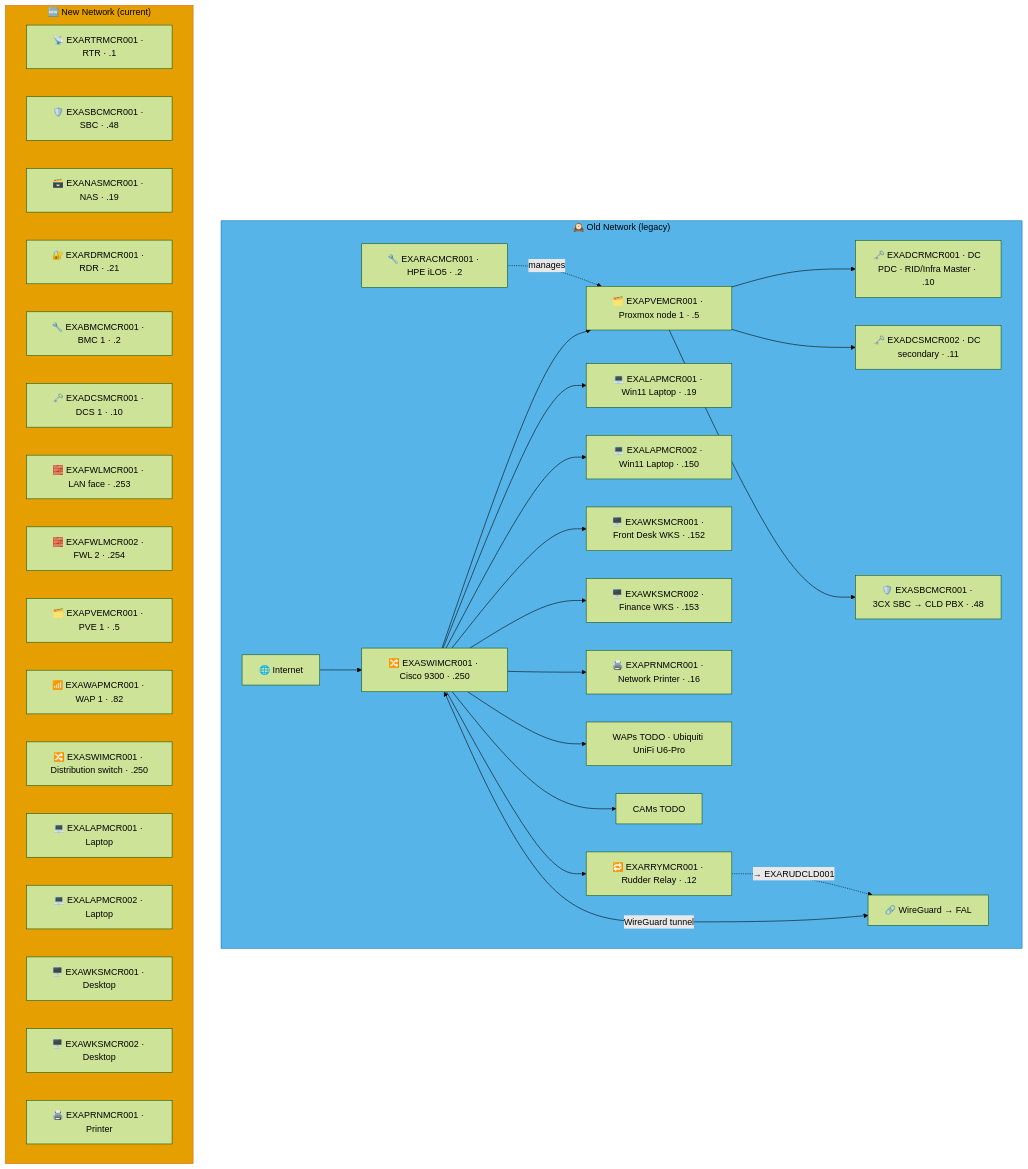
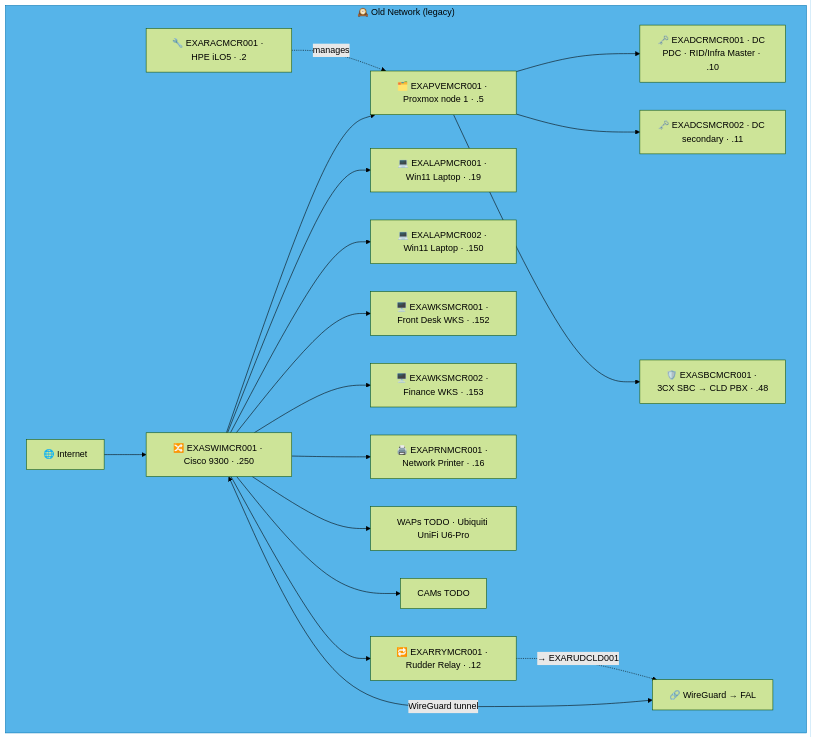
One commit to knightmare2600/example_music_infra changed the fifth of 18 diagrams in docs/network-diagram/england.md. Above: the diagram before and after it, drawn with Mermaid (forest theme). The commit also changed other lines of this file and 35 other files, not shown here.

````diff
--- a/docs/network-diagram/england.md
+++ b/docs/network-diagram/england.md
@@ -154,52 +198,31 @@
 ```mermaid
 graph TD
     subgraph OLD_MCR ["🕰️ Old Network (legacy)"]
       INET["🌐 Internet"]
       SW["🔀 EXASWIMCR001 · Cisco 9300 · .250"]
       RAC["🔧 EXARACMCR001 · HPE iLO5 · .2"]
       PVE["🗂️ EXAPVEMCR001 · Proxmox node 1 · .5"]
       DC1["🗝️ EXADCRMCR001 · DC PDC · RID/Infra Master · .10"]
       DC2["🗝️ EXADCSMCR002 · DC secondary · .11"]
       SBC["🛡️ EXASBCMCR001 · 3CX SBC → CLD PBX · .48"]
       RRY["🔁 EXARRYMCR001 · Rudder Relay · .12"]
       LAP1["💻 EXALAPMCR001 · Win11 Laptop · .19"]
       LAP2["💻 EXALAPMCR002 · Win11 Laptop · .150"]
       WKS1["🖥️ EXAWKSMCR001 · Front Desk WKS · .152"]
       WKS2["🖥️ EXAWKSMCR002 · Finance WKS · .153"]
       PRN["🖨️ EXAPRNMCR001 · Network Printer · .16"]
       WAP["WAPs TODO · Ubiquiti UniFi U6-Pro"]
       CAM["CAMs TODO"]
       VPN["🔗 WireGuard → FAL"]
 
       INET --> SW
       SW --> PVE --> DC1 & DC2 & SBC
       RAC -.->|"manages"| PVE
       SW --> LAP1 & LAP2 & WKS1 & WKS2 & PRN & WAP & CAM
       SW <-->|"WireGuard tunnel"| VPN
 
       SW --> RRY
       RRY -. "→ EXARUDCLD001" .-> VPN
     end
     style OLD_MCR fill:#56B4E9,stroke:#0072B2,color:#000000
-    %% GENERATED:NEW-NETWORK:MCR:START
-    subgraph NEW_MCR ["🆕 New Network (current)"]
-      N_RTR["📡 EXARTRMCR001 · RTR · .1"]
-      N_SBC["🛡️ EXASBCMCR001 · SBC · .48"]
-      N_NAS["🗃️ EXANASMCR001 · NAS · .19"]
-      N_RDR["🔐 EXARDRMCR001 · RDR · .21"]
-      N_BMC["🔧 EXABMCMCR001 · BMC 1 · .2"]
-      N_DCS["🗝️ EXADCSMCR001 · DCS 1 · .10"]
-      N_FWL["🧱 EXAFWLMCR001 · LAN face · .253"]
-      N_FWL2["🧱 EXAFWLMCR002 · FWL 2 · .254"]
-      N_PVE["🗂️ EXAPVEMCR001 · PVE 1 · .5"]
-      N_WAP["📶 EXAWAPMCR001 · WAP 1 · .82"]
-      N_SWI["🔀 EXASWIMCR001 · Distribution switch · .250"]
-      N_LAP["💻 EXALAPMCR001 · Laptop"]
-      N_LAP2["💻 EXALAPMCR002 · Laptop"]
-      N_WKS["🖥️ EXAWKSMCR001 · Desktop"]
-      N_WKS2["🖥️ EXAWKSMCR002 · Desktop"]
-      N_PRN["🖨️ EXAPRNMCR001 · Printer"]
-    end
-    style NEW_MCR fill:#E69F00,stroke:#D55E00,color:#000000
-    %% GENERATED:NEW-NETWORK:MCR:END
 ```
````
